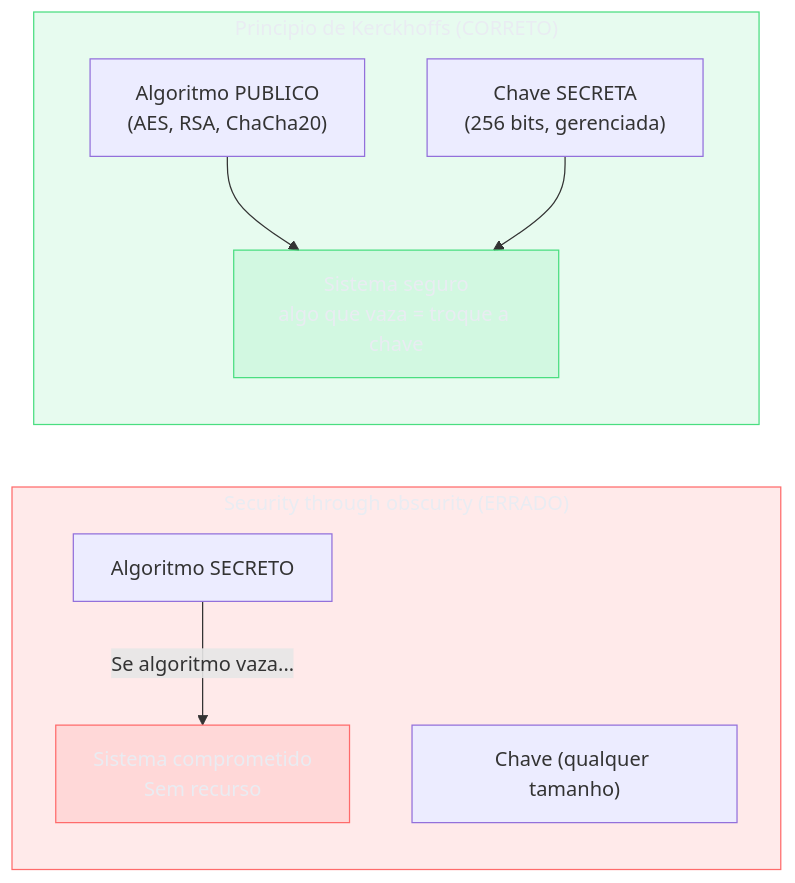
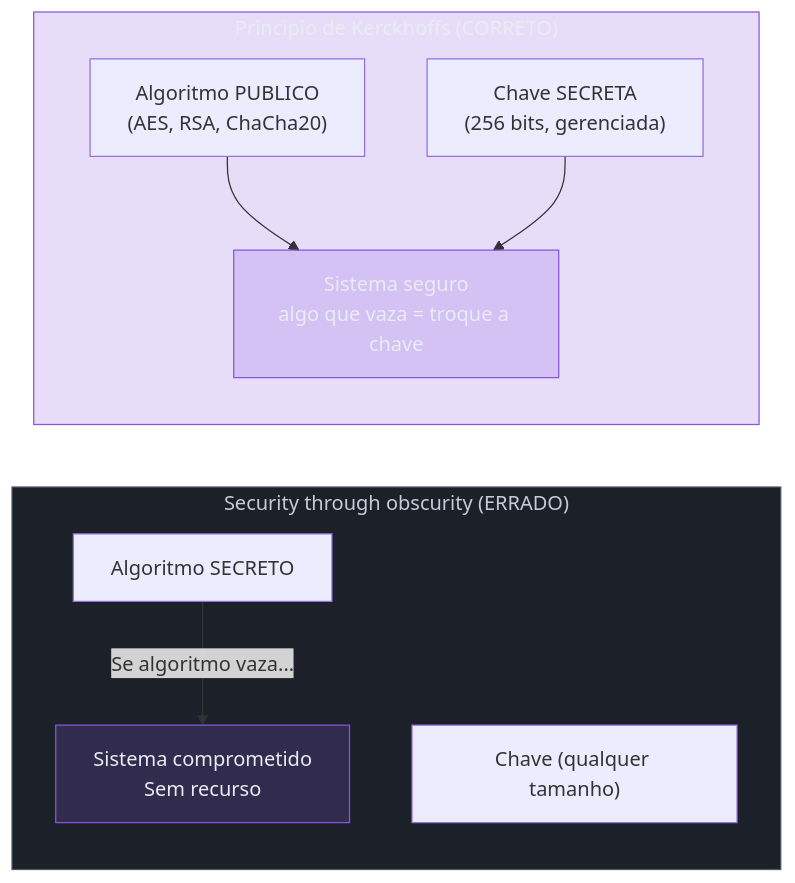
Before and after one commit to josenaldo/codex-technomanticus: the sixth of 7 diagrams in 03-Dominios/Engenharia/Segurança/04 - Princípios de design seguro.md, drawn with Mermaid. The commit also changed other lines of this file and 601 other files, not shown here.

````diff
--- a/03-Dominios/Engenharia/Segurança/04 - Princípios de design seguro.md
+++ b/03-Dominios/Engenharia/Segurança/04 - Princípios de design seguro.md
@@ -305,22 +305,22 @@
 ```mermaid
 graph LR
-    classDef falha fill:#FF6B6B24,stroke:#FF6B6B,color:#E9ECF2
-    classDef ok fill:#4ADE8021,stroke:#4ADE80,color:#E9ECF2
+    classDef marca fill:#8855DF33,stroke:#8855DF,color:#E9ECF2
+    classDef neutro fill:#1B2029,stroke:#4E5666,color:#C6CCD8
     subgraph OBSCURIDADE ["Security through obscurity (ERRADO)"]
         OA["Algoritmo SECRETO"]
         OK["Chave (qualquer tamanho)"]
         OA -->|"Se algoritmo vaza..."| OBREACH["Sistema comprometido\nSem recurso"]
     end
 
     subgraph KERCKHOFFS ["Principio de Kerckhoffs (CORRETO)"]
         KA["Algoritmo PUBLICO\n(AES, RSA, ChaCha20)"]
         KK["Chave SECRETA\n(256 bits, gerenciada)"]
         KA --> KSAFE["Sistema seguro\nalgo que vaza = troque a chave"]
         KK --> KSAFE
     end
 
-    class OBSCURIDADE falha
-    class KERCKHOFFS ok
-    class OBREACH falha
-    class KSAFE ok
+    class OBSCURIDADE neutro
+    class KERCKHOFFS marca
+    class OBREACH marca
+    class KSAFE marca
 ```
````
